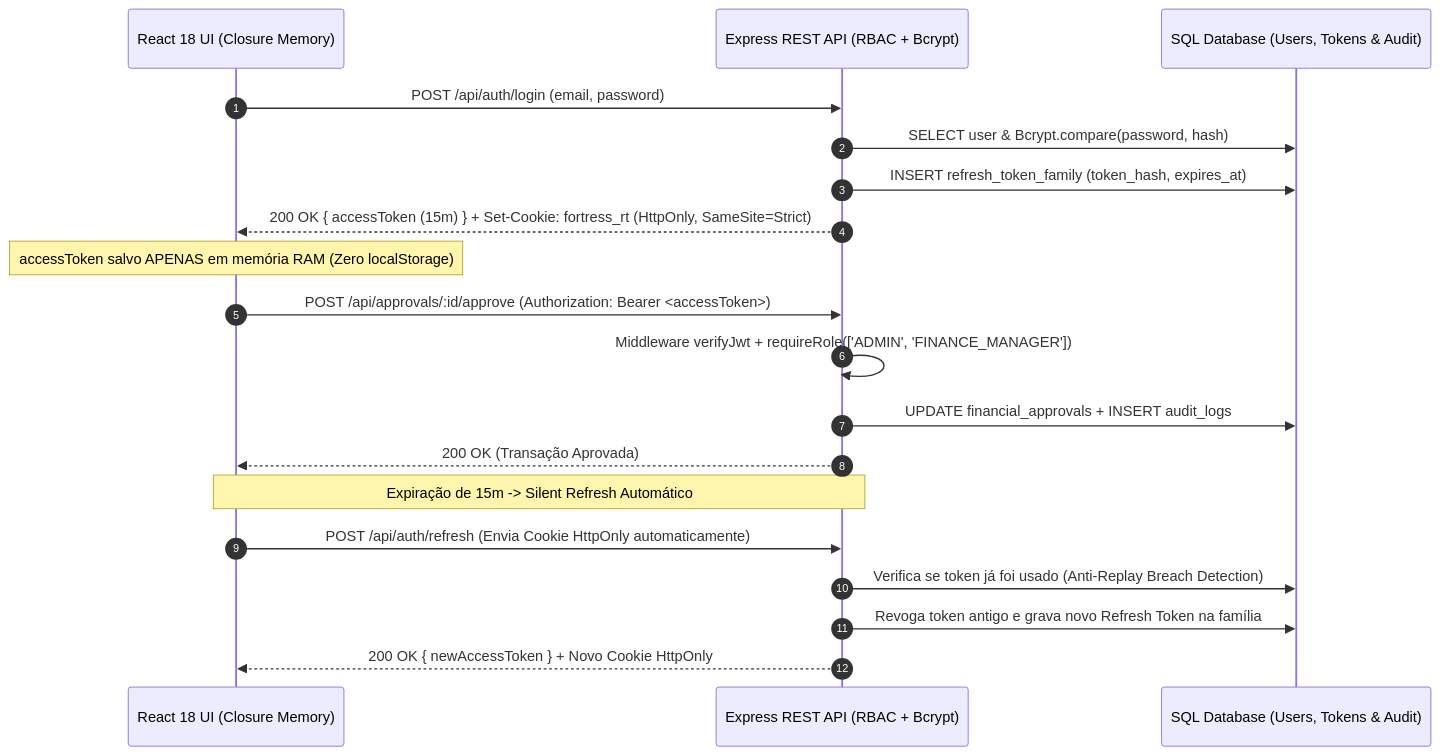
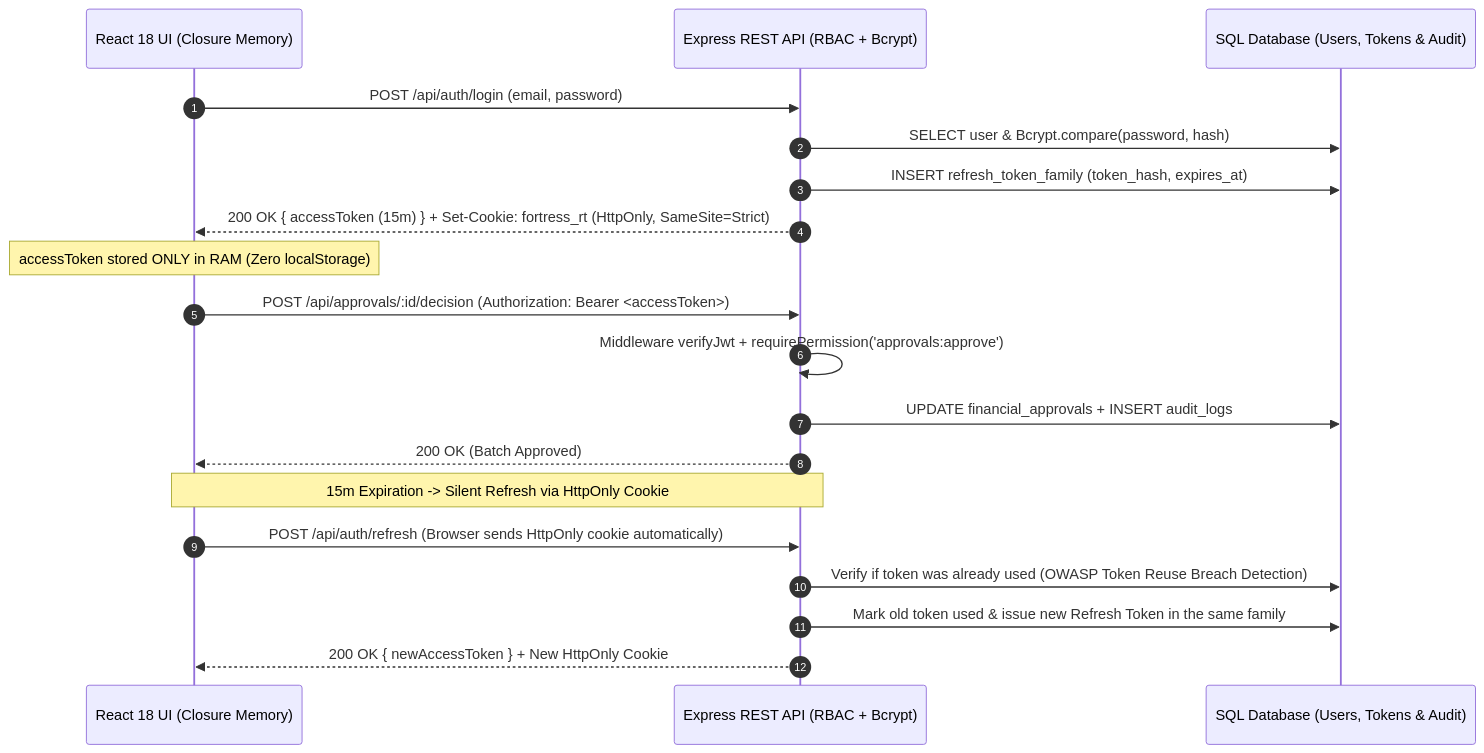
The diagram in README.md (JzGuilherme/fortress-jwt-rbac), drawn with Mermaid before and after one commit. The commit also changed other lines of this file and 2 other files, not shown here.

````diff
--- a/README.md
+++ b/README.md
@@ -32,24 +46,24 @@
 ```mermaid
 sequenceDiagram
     autonumber
     participant UI as React 18 UI (Closure Memory)
     participant API as Express REST API (RBAC + Bcrypt)
     participant DB as SQL Database (Users, Tokens & Audit)
 
     UI->>API: POST /api/auth/login (email, password)
     API->>DB: SELECT user & Bcrypt.compare(password, hash)
     API->>DB: INSERT refresh_token_family (token_hash, expires_at)
     API-->>UI: 200 OK { accessToken (15m) } + Set-Cookie: fortress_rt (HttpOnly, SameSite=Strict)
-    Note over UI: accessToken salvo APENAS em memória RAM (Zero localStorage)
+    Note over UI: accessToken stored ONLY in RAM (Zero localStorage)
 
-    UI->>API: POST /api/approvals/:id/approve (Authorization: Bearer <accessToken>)
-    API->>API: Middleware verifyJwt + requireRole(['ADMIN', 'FINANCE_MANAGER'])
+    UI->>API: POST /api/approvals/:id/decision (Authorization: Bearer <accessToken>)
+    API->>API: Middleware verifyJwt + requirePermission('approvals:approve')
     API->>DB: UPDATE financial_approvals + INSERT audit_logs
-    API-->>UI: 200 OK (Transação Aprovada)
+    API-->>UI: 200 OK (Batch Approved)
 
-    Note over UI,API: Expiração de 15m -> Silent Refresh Automático
-    UI->>API: POST /api/auth/refresh (Envia Cookie HttpOnly automaticamente)
-    API->>DB: Verifica se token já foi usado (Anti-Replay Breach Detection)
-    API->>DB: Revoga token antigo e grava novo Refresh Token na família
-    API-->>UI: 200 OK { newAccessToken } + Novo Cookie HttpOnly
+    Note over UI,API: 15m Expiration -> Silent Refresh via HttpOnly Cookie
+    UI->>API: POST /api/auth/refresh (Browser sends HttpOnly cookie automatically)
+    API->>DB: Verify if token was already used (OWASP Token Reuse Breach Detection)
+    API->>DB: Mark old token used & issue new Refresh Token in the same family
+    API-->>UI: 200 OK { newAccessToken } + New HttpOnly Cookie
 ```
````
